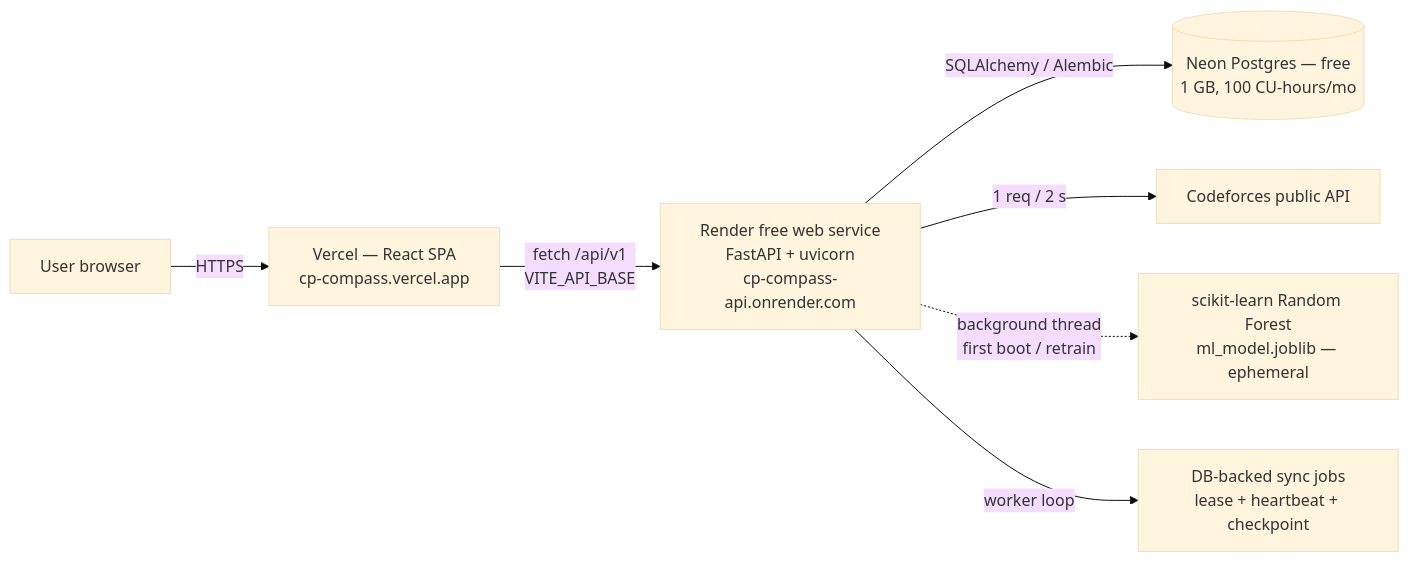
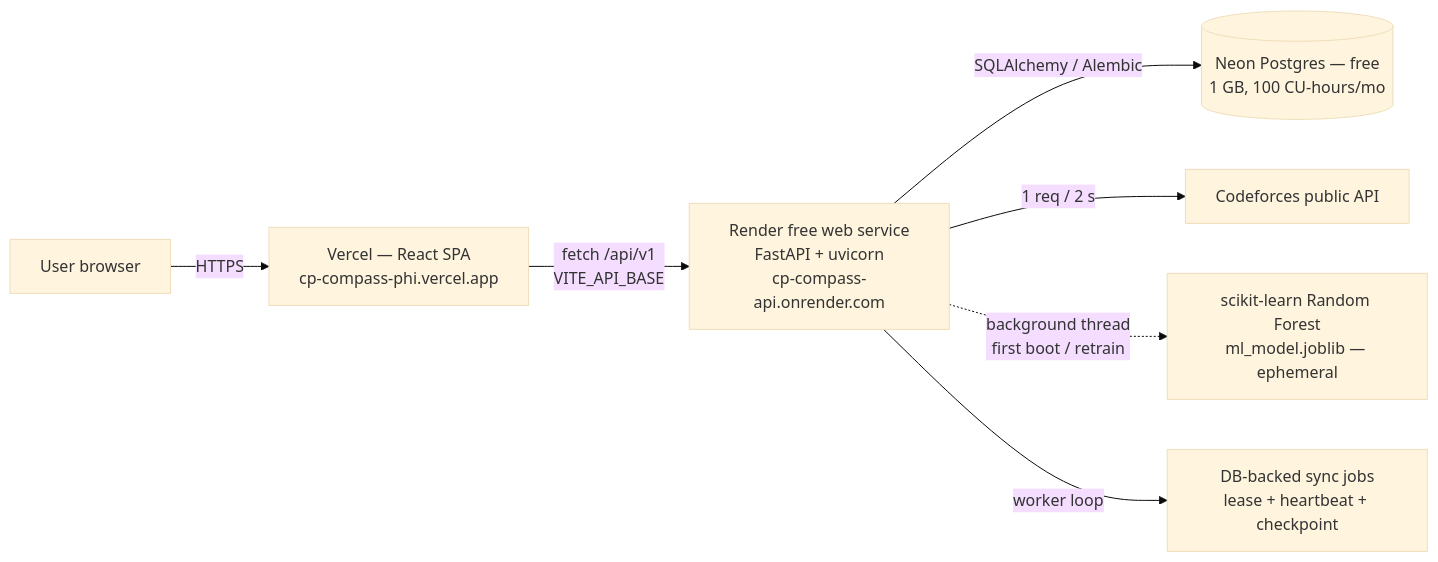
One commit to Khalid635/cp-compass changed the diagram in docs/architecture.md. Above: the diagram before and after it, drawn with Mermaid (base theme). The commit also changed other lines of this file and 34 other files, not shown here.

Commit message:
Rename: CP Compass -> Rung (repo, copy, PWA icons, og.png; Vercel subdomain taken)

````diff
--- a/docs/architecture.md
+++ b/docs/architecture.md
@@ -5,9 +5,9 @@
 ```mermaid
 flowchart LR
-    U[User browser] -->|HTTPS| V[Vercel — React SPA\ncp-compass.vercel.app]
+    U[User browser] -->|HTTPS| V[Vercel — React SPA\ncp-compass-phi.vercel.app]
     V -->|fetch /api/v1\nVITE_API_BASE| R[Render free web service\nFastAPI + uvicorn\ncp-compass-api.onrender.com]
     R -->|SQLAlchemy / Alembic| N[(Neon Postgres — free\n1 GB, 100 CU-hours/mo)]
     R -->|1 req / 2 s| CF[Codeforces public API]
     R -.->|background thread\nfirst boot / retrain| ML[scikit-learn Random Forest\nml_model.joblib — ephemeral]
     R -->|worker loop| J[DB-backed sync jobs\nlease + heartbeat + checkpoint]
 ```
````
